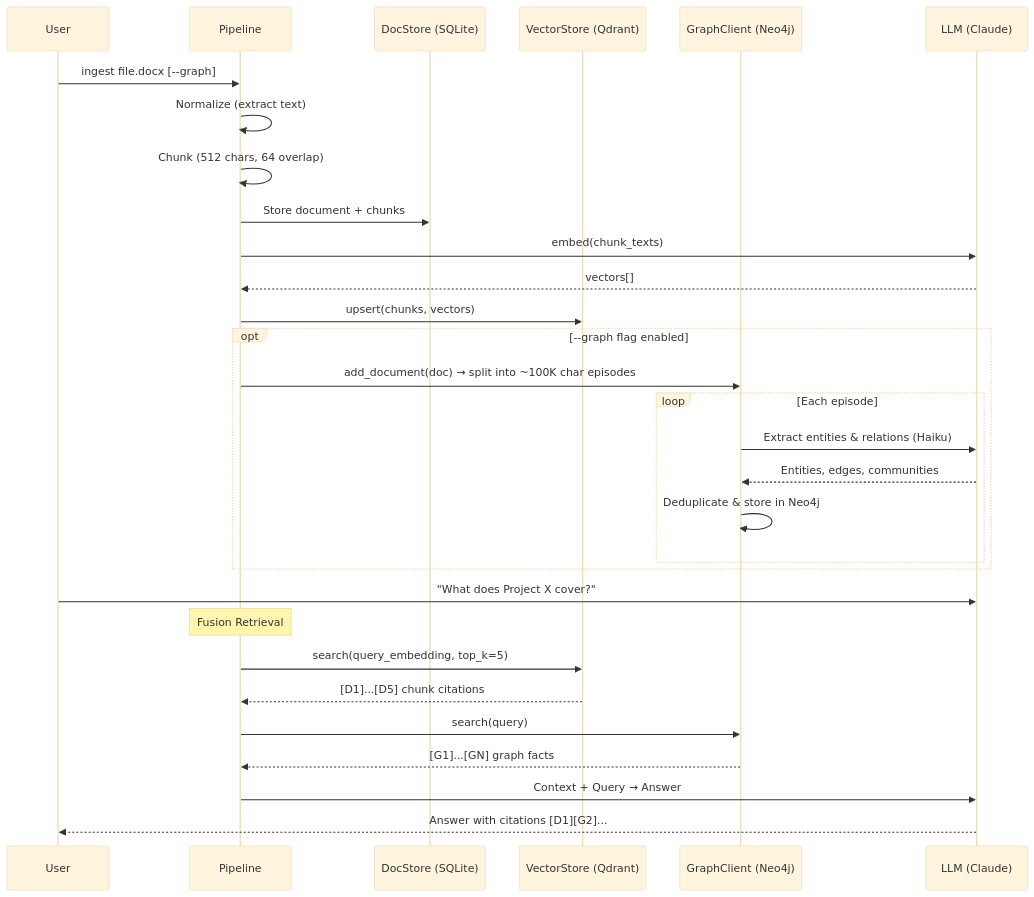
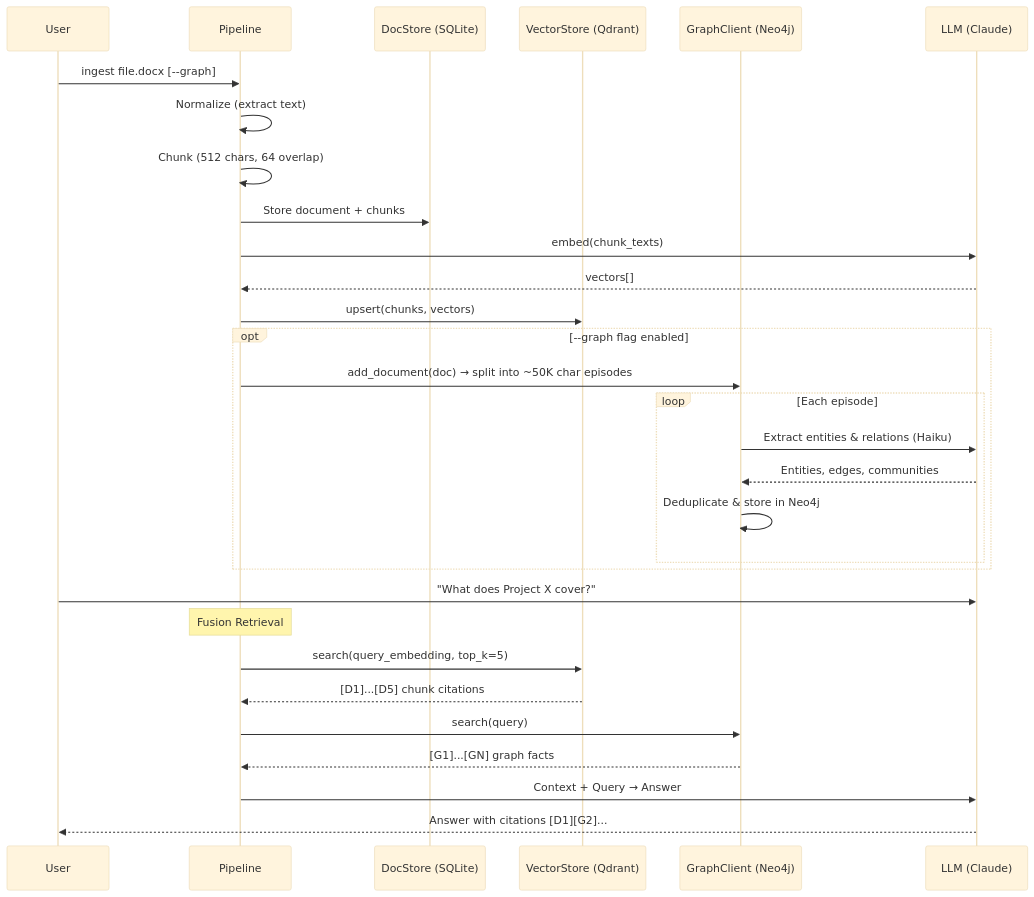
One commit to babegeman/brain changed the second of 3 diagrams in README.md. Above: the diagram before and after it, drawn with Mermaid (base theme). The commit also changed other lines of this file and 3 other files, not shown here.

Commit message:
Refactor graph extraction settings and implement retry logic for rate limits

````diff
--- a/README.md
+++ b/README.md
@@ -58,35 +58,35 @@
 ```mermaid
 sequenceDiagram
     participant U as User
     participant P as Pipeline
     participant D as DocStore (SQLite)
     participant V as VectorStore (Qdrant)
     participant G as GraphClient (Neo4j)
     participant L as LLM (Claude)
 
     U->>P: ingest file.docx [--graph]
     P->>P: Normalize (extract text)
     P->>P: Chunk (512 chars, 64 overlap)
     P->>D: Store document + chunks
     P->>L: embed(chunk_texts)
     L-->>P: vectors[]
     P->>V: upsert(chunks, vectors)
 
     opt --graph flag enabled
-        P->>G: add_document(doc) → split into ~100K char episodes
+        P->>G: add_document(doc) → split into ~50K char episodes
         loop Each episode
             G->>L: Extract entities & relations (Haiku)
             L-->>G: Entities, edges, communities
             G->>G: Deduplicate & store in Neo4j
         end
     end
 
     U->>L: "What does Project X cover?"
     Note over P: Fusion Retrieval
     P->>V: search(query_embedding, top_k=5)
     V-->>P: [D1]...[D5] chunk citations
     P->>G: search(query)
     G-->>P: [G1]...[GN] graph facts
     P->>L: Context + Query → Answer
     L-->>U: Answer with citations [D1][G2]...
 ```
````
